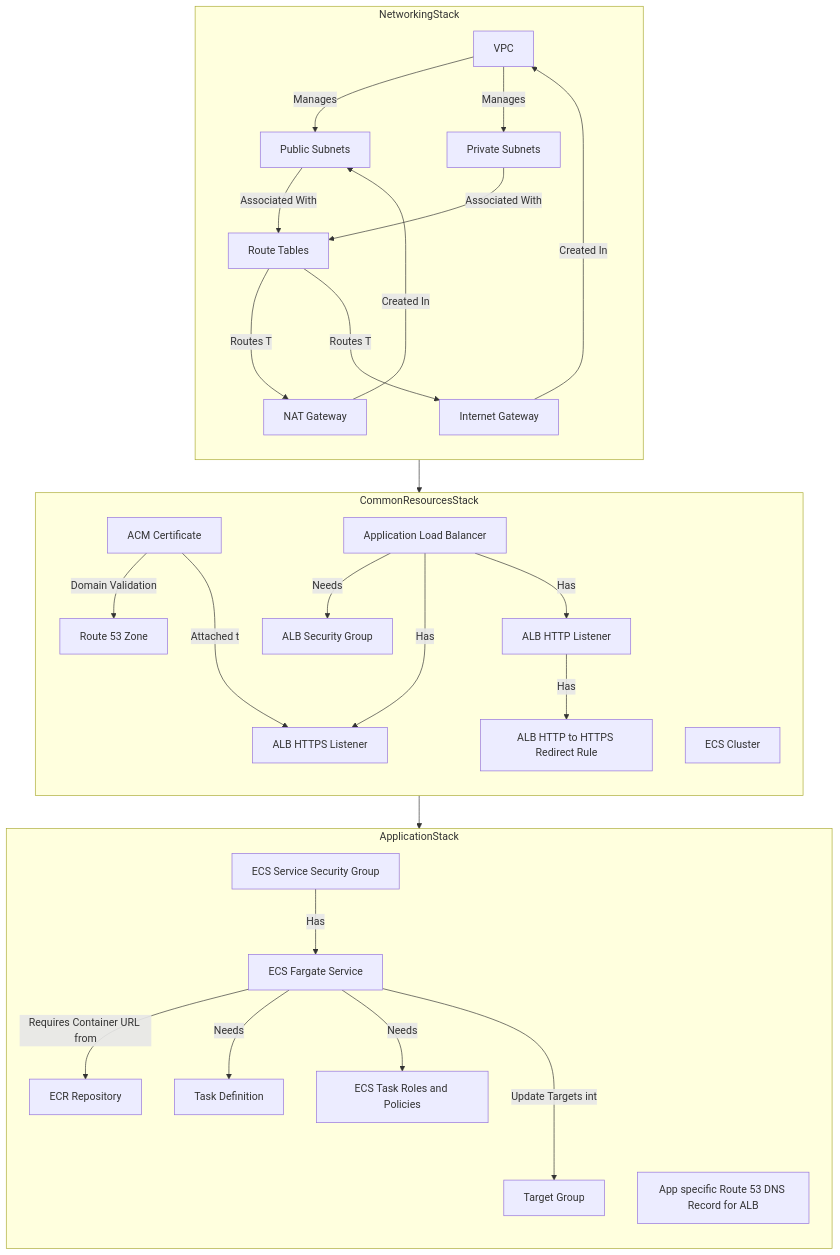
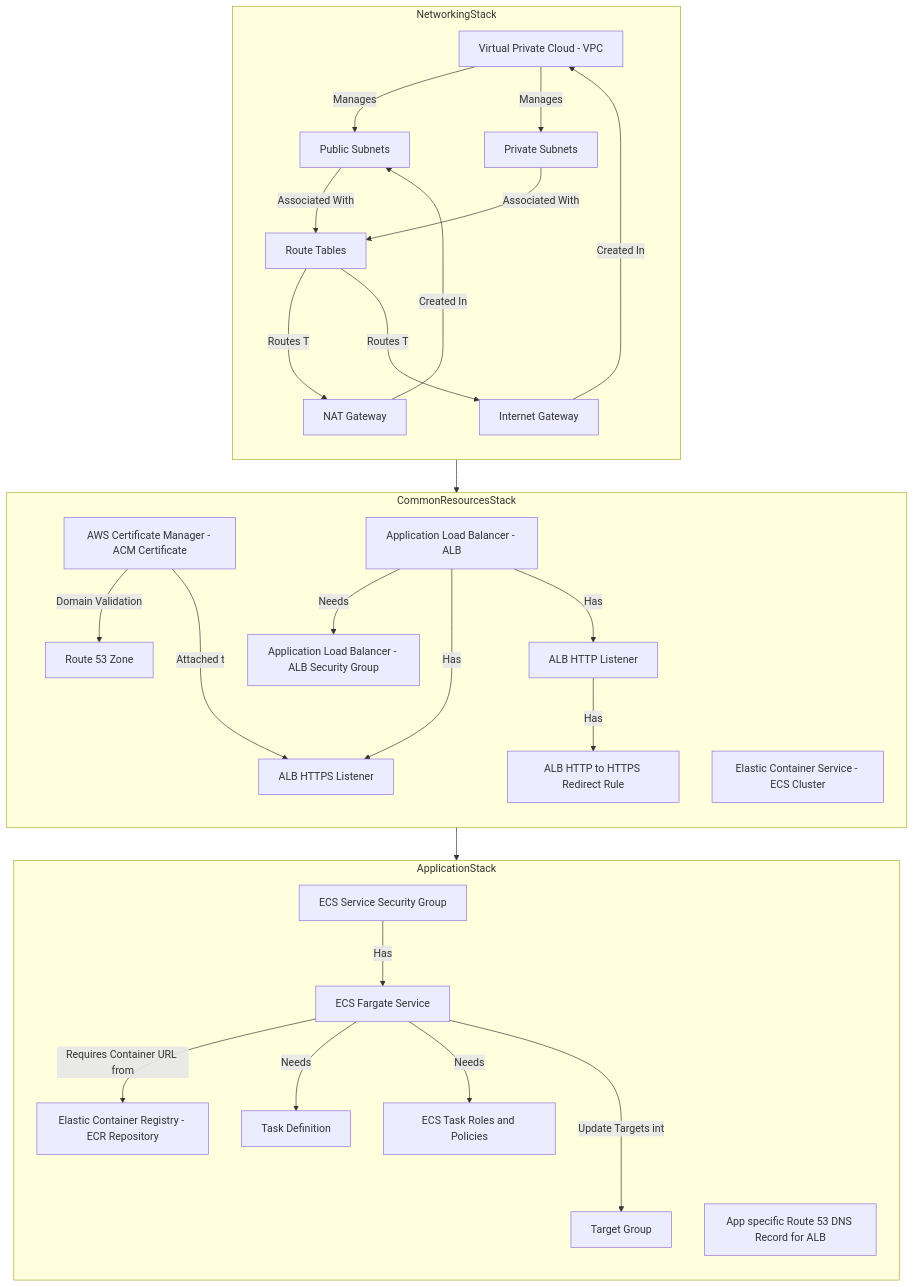
One commit to monty16597/tv-devops-assessment changed the diagram in iaac/README.md. Above: the diagram before and after it, drawn with Mermaid. The commit also changed other lines of this file, not shown here.

````diff
--- a/iaac/README.md
+++ b/iaac/README.md
@@ -3,64 +17,63 @@
 ```mermaid
 graph TD
     NetworkingStack[Networking Stack]
     CommonResourcesStack[Common Resources Stack]
     ApplicationStack[Application Stack]
     NetworkingStack --> CommonResourcesStack
     CommonResourcesStack --> ApplicationStack
 
     subgraph NetworkingStack
         direction TB
-        VPC[VPC]
+        VPC[Virtual Private Cloud - VPC]
         PUBSUBNETS[Public Subnets]
         PRIVSUBNETS[Private Subnets]
         NATGW[NAT Gateway]
         INTERNETGW[Internet Gateway]
         ROUTETABLES[Route Tables]
 
         VPC --Manages--> PUBSUBNETS
         VPC --Manages--> PRIVSUBNETS
         INTERNETGW --Created In--> VPC
         NATGW --Created In--> PUBSUBNETS
         PUBSUBNETS --Associated With--> ROUTETABLES
         PRIVSUBNETS --Associated With--> ROUTETABLES
         ROUTETABLES --Routes To--> NATGW
         ROUTETABLES --Routes To--> INTERNETGW
 
     end
 
     subgraph CommonResourcesStack
         direction TB
-        ACM[ACM Certificate]
+        ACM[AWS Certificate Manager - ACM Certificate]
         ROUTE53[Route 53 Zone]
-        ECS[ECS Cluster]
-        ALBSECURITYGROUP[ALB Security Group]
-        ALB[Application Load Balancer]
+        ECS[Elastic Container Service - ECS Cluster]
+        ALBSECURITYGROUP[Application Load Balancer - ALB Security Group]
+        ALB[Application Load Balancer - ALB]
         ALBHTTPSLISTENER[ALB HTTPS Listener]
         ALBHTTPLISTENER[ALB HTTP Listener]
         ALBHTTPTOHTTPS[ALB HTTP to HTTPS Redirect Rule]
 
         ALB --Needs--> ALBSECURITYGROUP
         ALB --Has--> ALBHTTPSLISTENER
         ALB --Has--> ALBHTTPLISTENER
         ALBHTTPLISTENER --Has--> ALBHTTPTOHTTPS
         ACM --Domain Validation--> ROUTE53
         ACM --Attached to--> ALBHTTPSLISTENER
     end
 
     subgraph ApplicationStack
         direction TB
-        ECR[ECR Repository]
+        ECR[Elastic Container Registry - ECR Repository]
         ECSTASK[Task Definition]
         ECSFARGATE[ECS Fargate Service]
         ECSSECURITYGROUP[ECS Service Security Group]
         ECSTASKROLE[ECS Task Roles and Policies]
         TARGETGROUP[Target Group]
         ROUTE53DNS[App specific Route 53 DNS Record for ALB]
         ECSFARGATE --Needs--> ECSTASK
         ECSFARGATE --Update Targets into--> TARGETGROUP
         ECSFARGATE --Requires Container URL from--> ECR
         ECSFARGATE --Needs--> ECSTASKROLE
         ECSSECURITYGROUP --Has--> ECSFARGATE
     end
-
 ```
````
